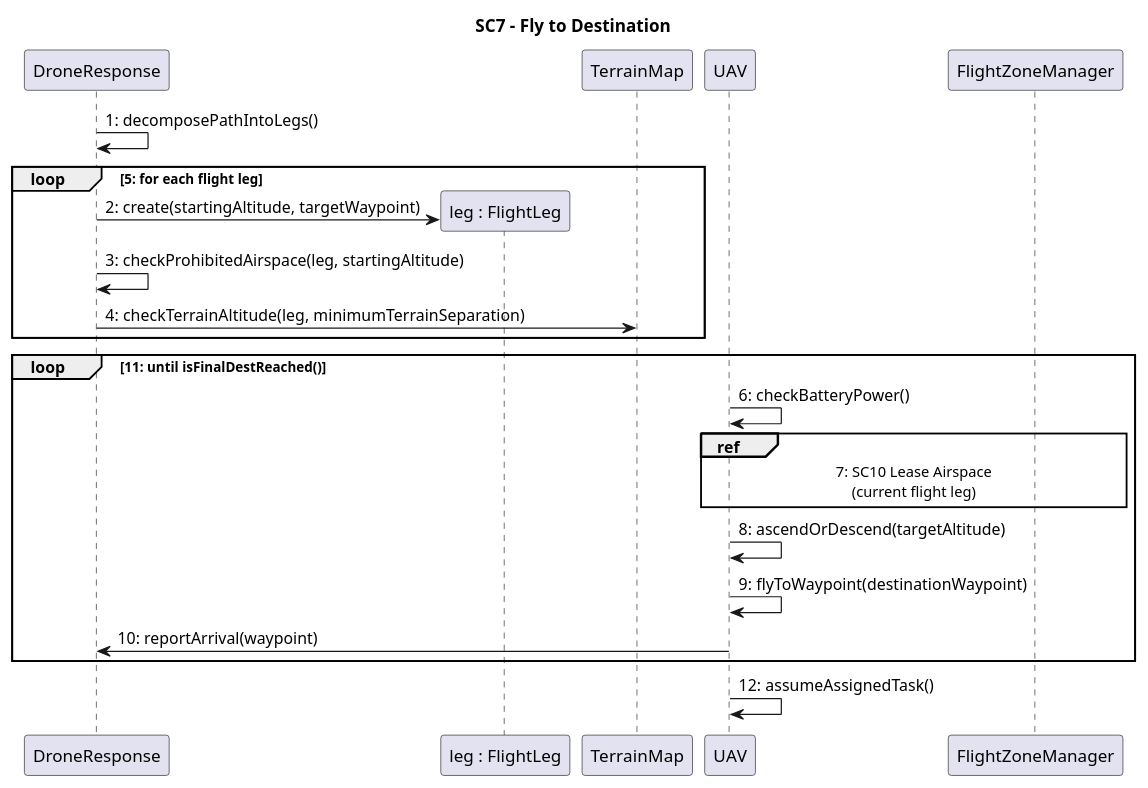
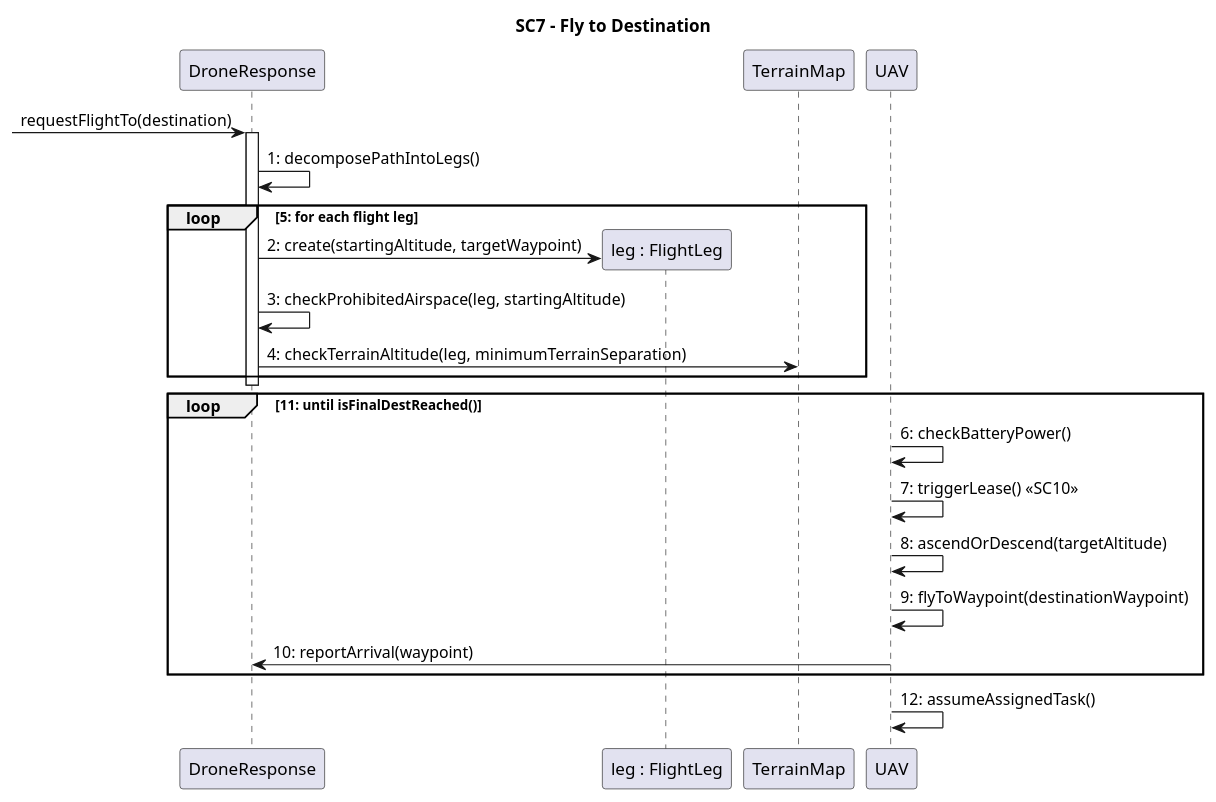
Before and after one commit to RathbergerJakob/e3-soft-eng: the diagram in reworked/sc7.puml, drawn with PlantUML. The commit also changed 9 other files, not shown here.

```diff
--- a/reworked/sc7.puml
+++ b/reworked/sc7.puml
@@ -1,27 +1,30 @@
 @startuml
 title SC7 – Fly to Destination
 
 participant DroneResponse
 participant "leg : FlightLeg" as FlightLeg
 participant TerrainMap
 participant UAV
-participant FlightZoneManager
+
+[-> DroneResponse : requestFlightTo(destination)
+activate DroneResponse
 
 DroneResponse -> DroneResponse : 1: decomposePathIntoLegs()
 
 loop 5: for each flight leg
   DroneResponse -> FlightLeg ** : 2: create(startingAltitude, targetWaypoint)
   DroneResponse -> DroneResponse : 3: checkProhibitedAirspace(leg, startingAltitude)
   DroneResponse -> TerrainMap : 4: checkTerrainAltitude(leg, minimumTerrainSeparation)
 end
+deactivate DroneResponse
 
 loop 11: until isFinalDestReached()
   UAV -> UAV : 6: checkBatteryPower()
-  ref over UAV, FlightZoneManager : 7: SC10 Lease Airspace\n(current flight leg)
+  UAV -> UAV : 7: triggerLease() «SC10»
   UAV -> UAV : 8: ascendOrDescend(targetAltitude)
   UAV -> UAV : 9: flyToWaypoint(destinationWaypoint)
   UAV -> DroneResponse : 10: reportArrival(waypoint)
 end
 
 UAV -> UAV : 12: assumeAssignedTask()
 @enduml
```
